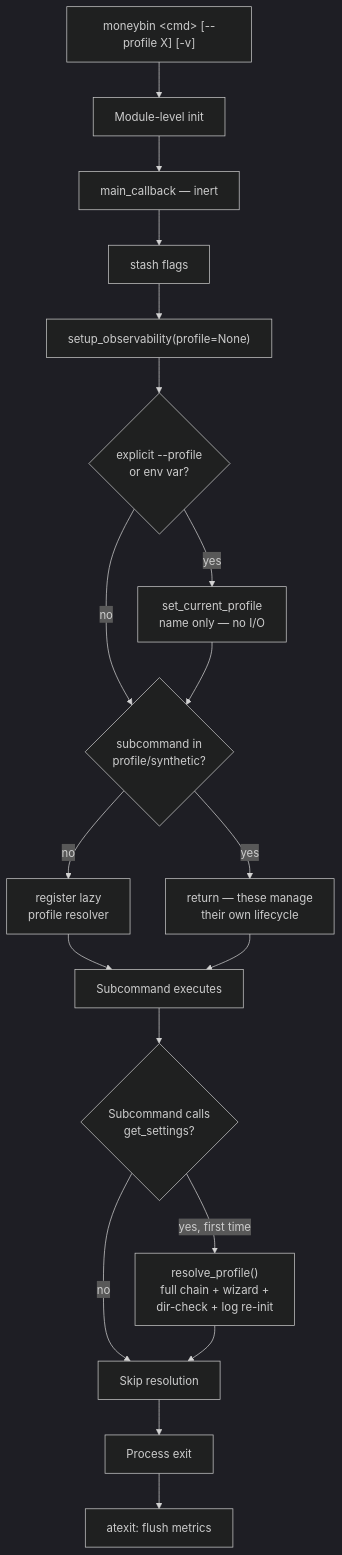
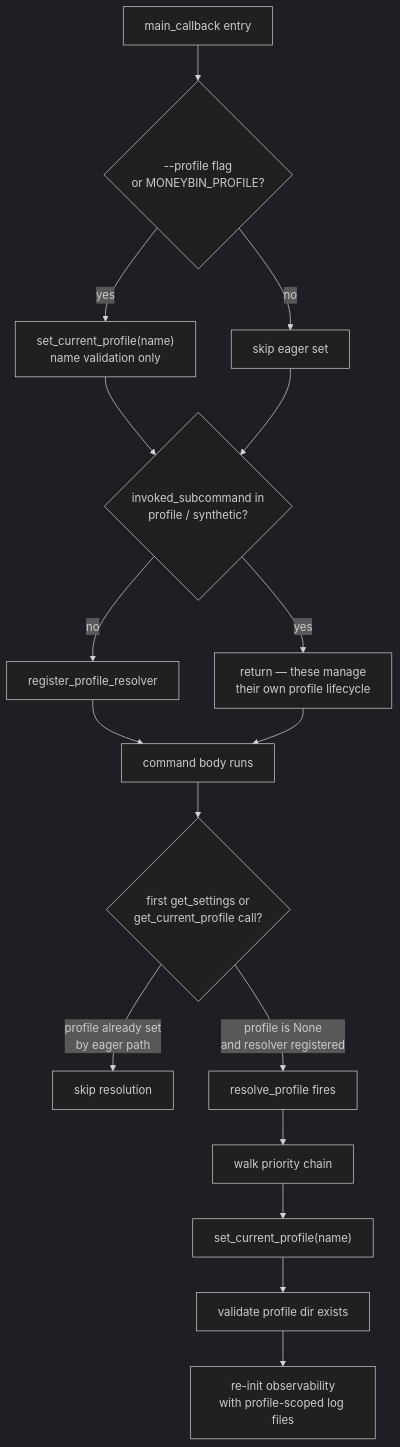
Before and after one commit to bsaffel/moneybin: the second of 2 diagrams in docs/tech/cli-startup-flow.md, drawn with Mermaid (dark theme). The commit also changed other lines of this file and 33 other files, not shown here.

````diff
--- a/docs/tech/cli-startup-flow.md
+++ b/docs/tech/cli-startup-flow.md
@@ -7,21 +128,19 @@
 ```mermaid
 flowchart TD
-    A["moneybin &lt;cmd&gt; [--profile X] [-v]"] --> B[Module-level init]
-    B --> C[main_callback — inert]
-    C --> C1[stash flags]
-    C1 --> C2["setup_observability(profile=None)"]
-    C2 --> C3{explicit --profile<br/>or env var?}
-    C3 -->|yes| C4[set_current_profile<br/>name only — no I/O]
-    C3 -->|no| C5
-    C4 --> C5{subcommand in<br/>profile/synthetic?}
-    C5 -->|yes| C6[return — these manage<br/>their own lifecycle]
-    C5 -->|no| C7[register lazy<br/>profile resolver]
-    C7 --> J[Subcommand executes]
-    C6 --> J
-    J --> J1{Subcommand calls<br/>get_settings?}
-    J1 -->|yes, first time| J2["resolve_profile()<br/>full chain + wizard +<br/>dir-check + log re-init"]
-    J1 -->|no| J3[Skip resolution]
-    J2 --> J3
-    J3 --> K[Process exit]
-    K --> L[atexit: flush metrics]
+    A[main_callback entry] --> B{--profile flag<br/>or MONEYBIN_PROFILE?}
+    B -->|yes| C["set_current_profile(name)<br/>name validation only"]
+    B -->|no| D[skip eager set]
+    C --> E{invoked_subcommand in<br/>profile / synthetic?}
+    D --> E
+    E -->|yes| F[return — these manage<br/>their own profile lifecycle]
+    E -->|no| G[register_profile_resolver]
+    G --> H[command body runs]
+    F --> H
+    H --> I{first get_settings or<br/>get_current_profile call?}
+    I -->|profile already set<br/>by eager path| J[skip resolution]
+    I -->|profile is None<br/>and resolver registered| K[resolve_profile fires]
+    K --> L[walk priority chain]
+    L --> M["set_current_profile(name)"]
+    M --> N[validate profile dir exists]
+    N --> O[re-init observability<br/>with profile-scoped log files]
 ```
````
